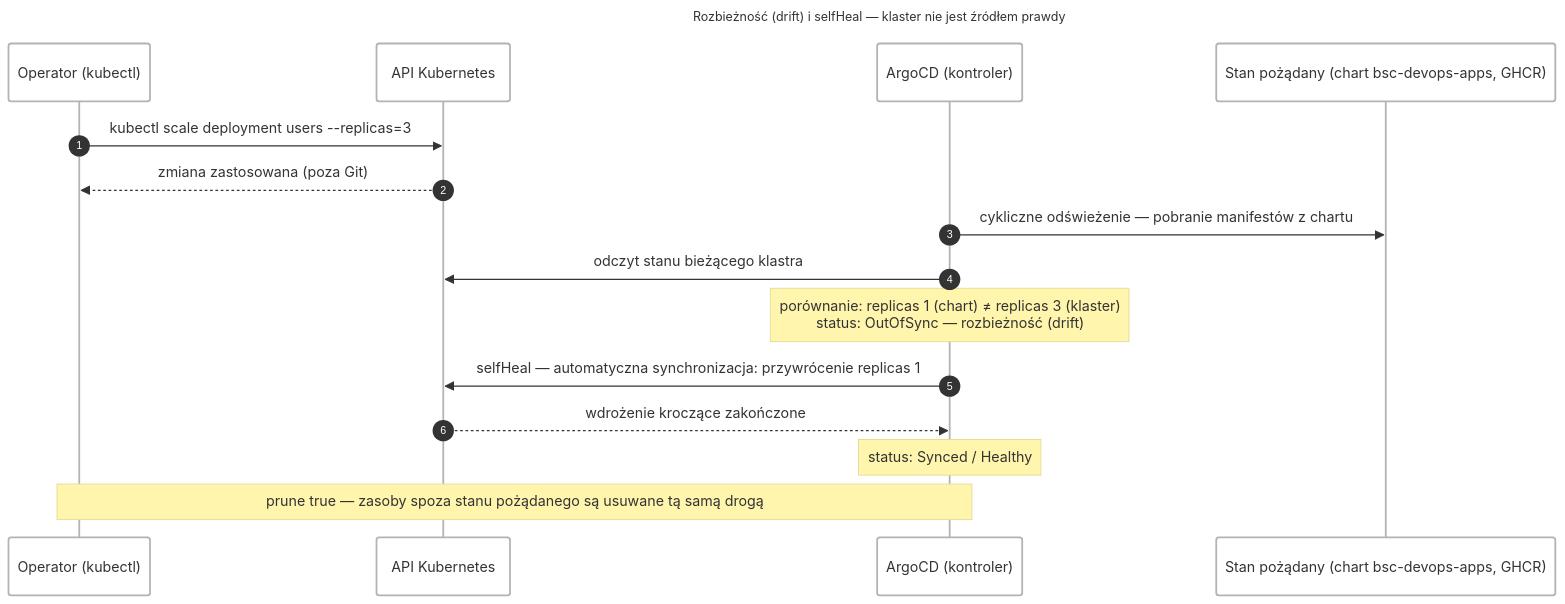
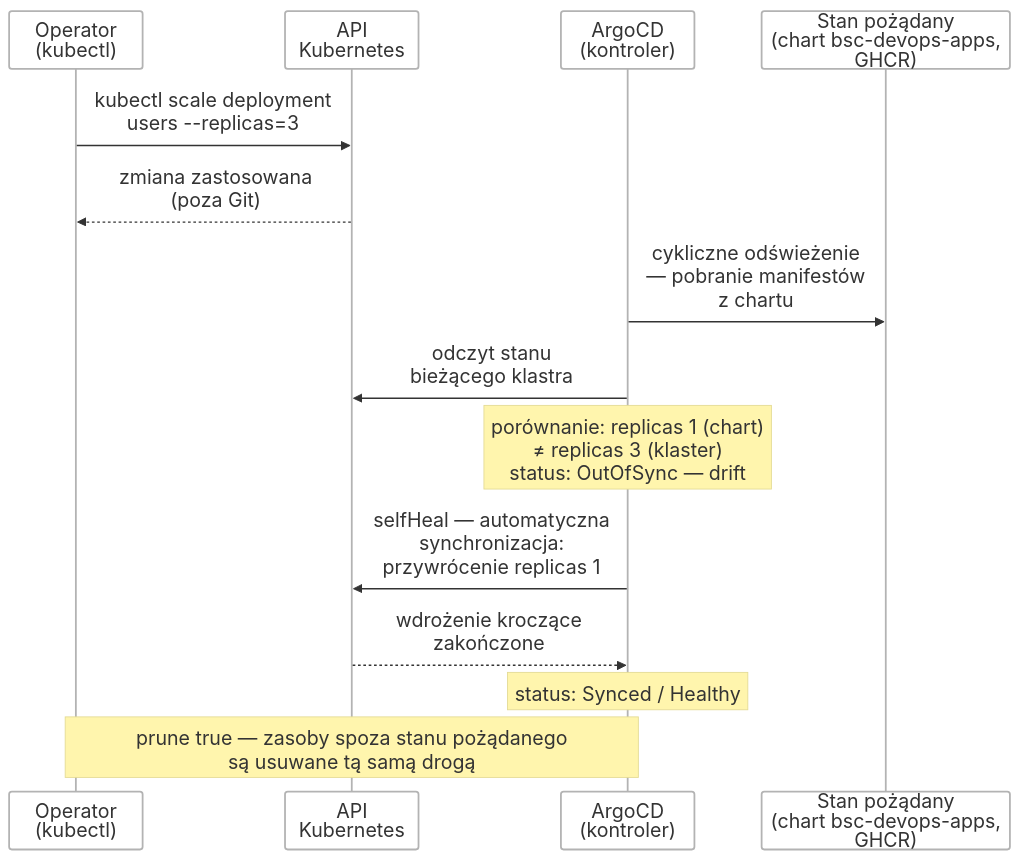
One commit to mwas-inz/bsc-devops changed the diagram in docs/diagrams/07-deploy/deploy-02-flow-selfheal.mmd. Above: the diagram before and after it, drawn with Mermaid. The commit also changed 51 other files, not shown here.

First line of the commit message:
docs(diagrams): rework Mermaid diagrams for print legibility

```diff
--- a/docs/diagrams/07-deploy/deploy-02-flow-selfheal.mmd
+++ b/docs/diagrams/07-deploy/deploy-02-flow-selfheal.mmd
@@ -1,21 +1,33 @@
 ---
-title: Rozbieżność (drift) i selfHeal — klaster nie jest źródłem prawdy
 config:
   theme: neo
+  fontSize: 22
+  themeVariables:
+    fontSize: 22px
+  sequence:
+    actorFontSize: 22
+    messageFontSize: 22
+    noteFontSize: 20
+    actorMargin: 24
+    boxMargin: 8
+    noteMargin: 8
+    messageMargin: 30
+    diagramMarginX: 8
+    diagramMarginY: 8
 ---
+%% Rozbieżność (drift) i selfHeal — klaster nie jest źródłem prawdy
 sequenceDiagram
-    autonumber
-    participant op as Operator (kubectl)
-    participant api as API Kubernetes
-    participant argo as ArgoCD (kontroler)
-    participant des as Stan pożądany (chart bsc-devops-apps, GHCR)
+    participant op as Operator<br/>(kubectl)
+    participant api as API<br/>Kubernetes
+    participant argo as ArgoCD<br/>(kontroler)
+    participant des as Stan pożądany<br/>(chart bsc-devops-apps,<br/>GHCR)
 
-    op->>api: kubectl scale deployment users --replicas=3
-    api-->>op: zmiana zastosowana (poza Git)
-    argo->>des: cykliczne odświeżenie — pobranie manifestów z chartu
-    argo->>api: odczyt stanu bieżącego klastra
-    Note over argo: porównanie: replicas 1 (chart) ≠ replicas 3 (klaster)<br/>status: OutOfSync — rozbieżność (drift)
-    argo->>api: selfHeal — automatyczna synchronizacja: przywrócenie replicas 1
-    api-->>argo: wdrożenie kroczące zakończone
+    op->>api: kubectl scale deployment<br/>users --replicas=3
+    api-->>op: zmiana zastosowana<br/>(poza Git)
+    argo->>des: cykliczne odświeżenie<br/>— pobranie manifestów<br/>z chartu
+    argo->>api: odczyt stanu<br/>bieżącego klastra
+    Note over argo: porównanie: replicas 1 (chart)<br/>≠ replicas 3 (klaster)<br/>status: OutOfSync — drift
+    argo->>api: selfHeal — automatyczna<br/>synchronizacja:<br/>przywrócenie replicas 1
+    api-->>argo: wdrożenie kroczące<br/>zakończone
     Note over argo: status: Synced / Healthy
-    Note over op,argo: prune true — zasoby spoza stanu pożądanego są usuwane tą samą drogą
+    Note over op,argo: prune true — zasoby spoza stanu pożądanego<br/>są usuwane tą samą drogą
```
